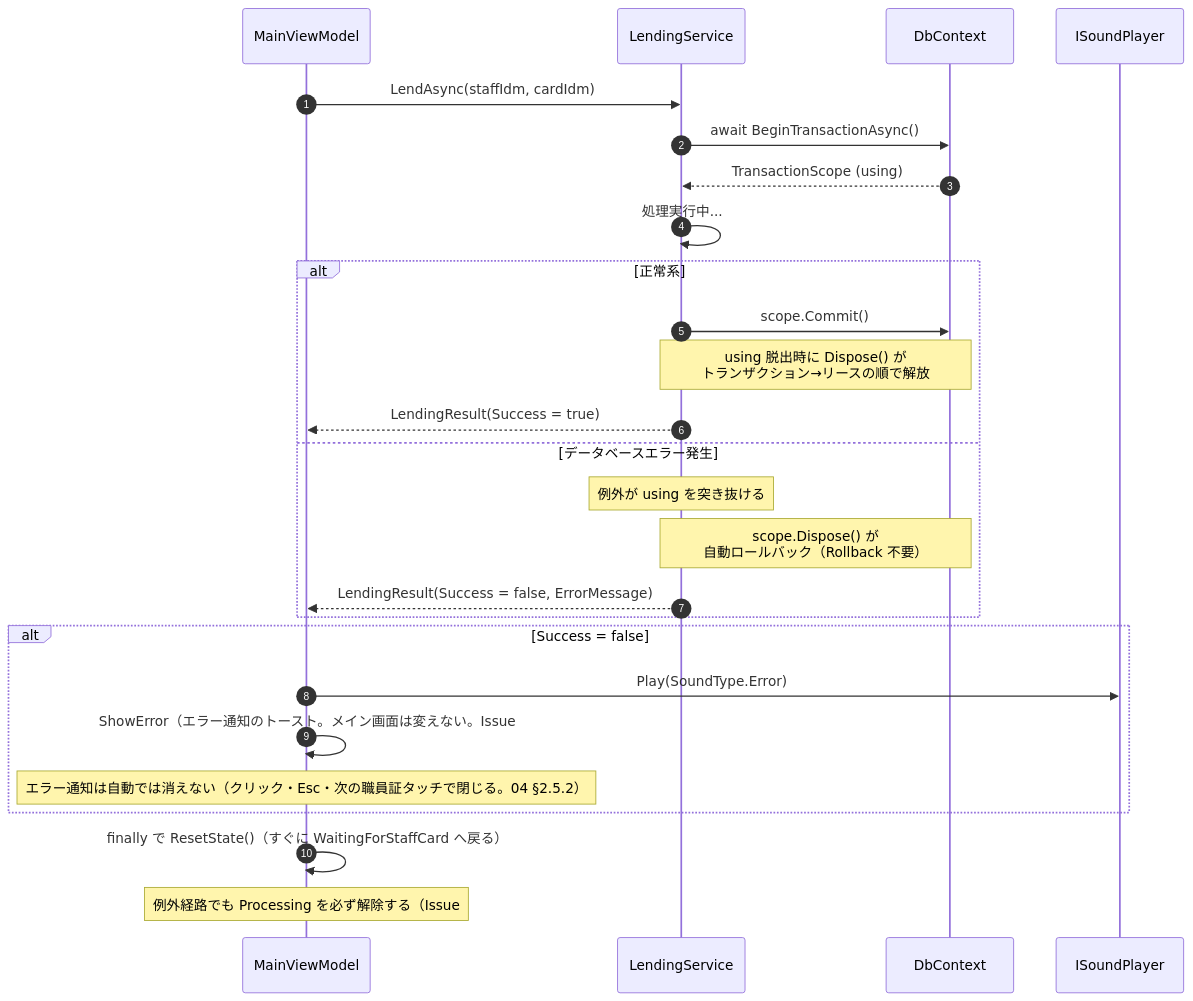
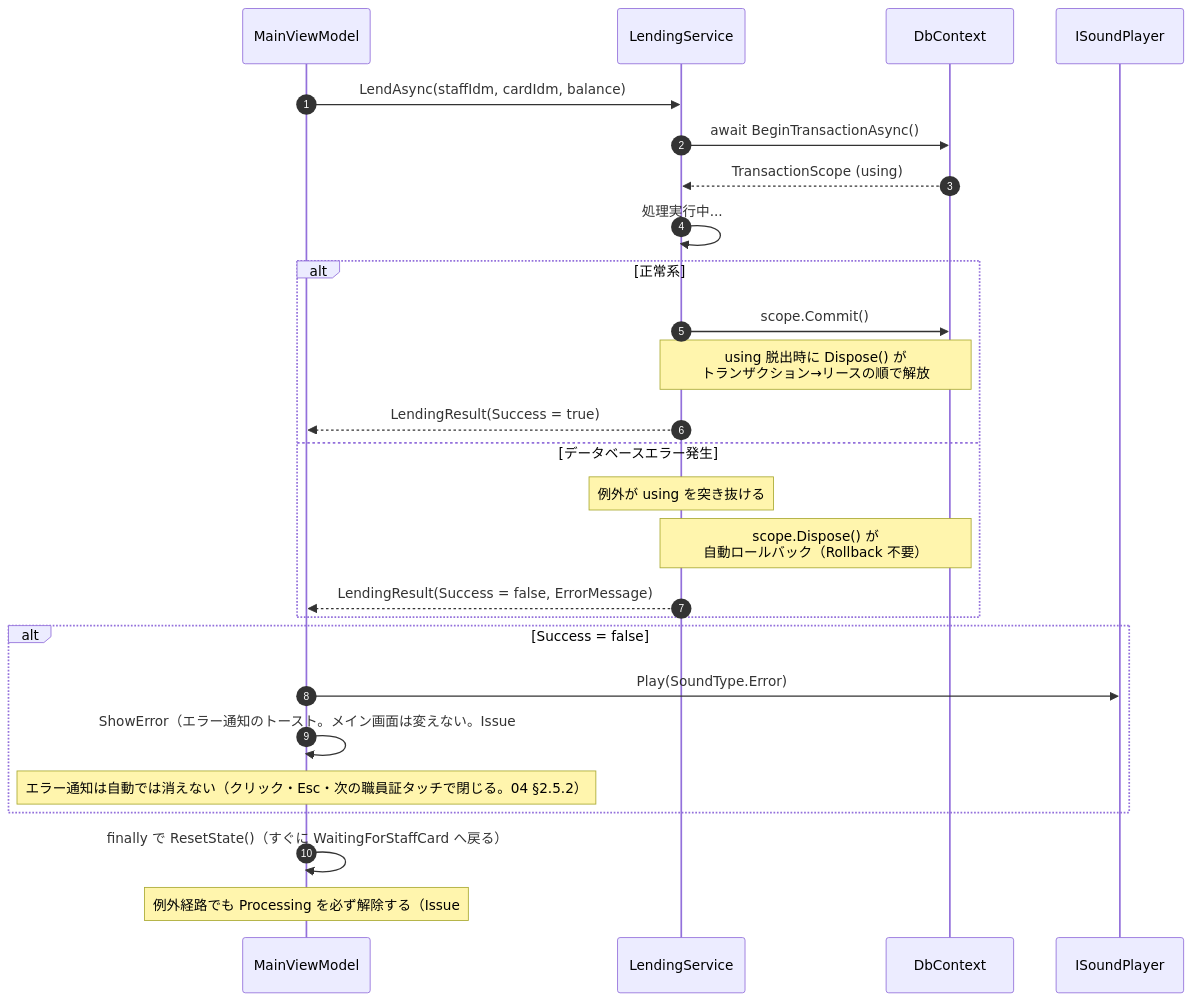
Before and after one commit to kuwayamamasayuki/ICCardManager: the eighth of 17 diagrams in ICCardManager/docs/design/06_シーケンス図.md, drawn with Mermaid. The commit also changed other lines of this file, not shown here.

First line of the commit message:
docs: シーケンス図のレビュー指摘 2 回目を反映した（#2310）

````diff
--- a/ICCardManager/docs/design/06_シーケンス図.md
+++ b/ICCardManager/docs/design/06_シーケンス図.md
@@ -546,34 +564,34 @@
 ```mermaid
 sequenceDiagram
     autonumber
     participant VM as MainViewModel
     participant LS as LendingService
     participant DB as DbContext
     participant Sound as ISoundPlayer
 
-    VM->>LS: LendAsync(staffIdm, cardIdm)
+    VM->>LS: LendAsync(staffIdm, cardIdm, balance)
 
     LS->>DB: await BeginTransactionAsync()
     DB-->>LS: TransactionScope (using)
 
     LS->>LS: 処理実行中...
 
     alt 正常系
         LS->>DB: scope.Commit()
         Note over LS,DB: using 脱出時に Dispose() が<br/>トランザクション→リースの順で解放
         LS-->>VM: LendingResult(Success = true)
     else データベースエラー発生
         Note over LS: 例外が using を突き抜ける
         Note over LS,DB: scope.Dispose() が<br/>自動ロールバック（Rollback 不要）
         LS-->>VM: LendingResult(Success = false, ErrorMessage)
     end
 
     alt Success = false
         VM->>Sound: Play(SoundType.Error)
         VM->>VM: ShowError（エラー通知のトースト。メイン画面は変えない。Issue #186）
         Note over VM: エラー通知は自動では消えない（クリック・Esc・次の職員証タッチで閉じる。04 §2.5.2）
     end
 
     VM->>VM: finally で ResetState()（すぐに WaitingForStaffCard へ戻る）
     Note over VM: 例外経路でも Processing を必ず解除する（Issue #1725）
 ```
````
